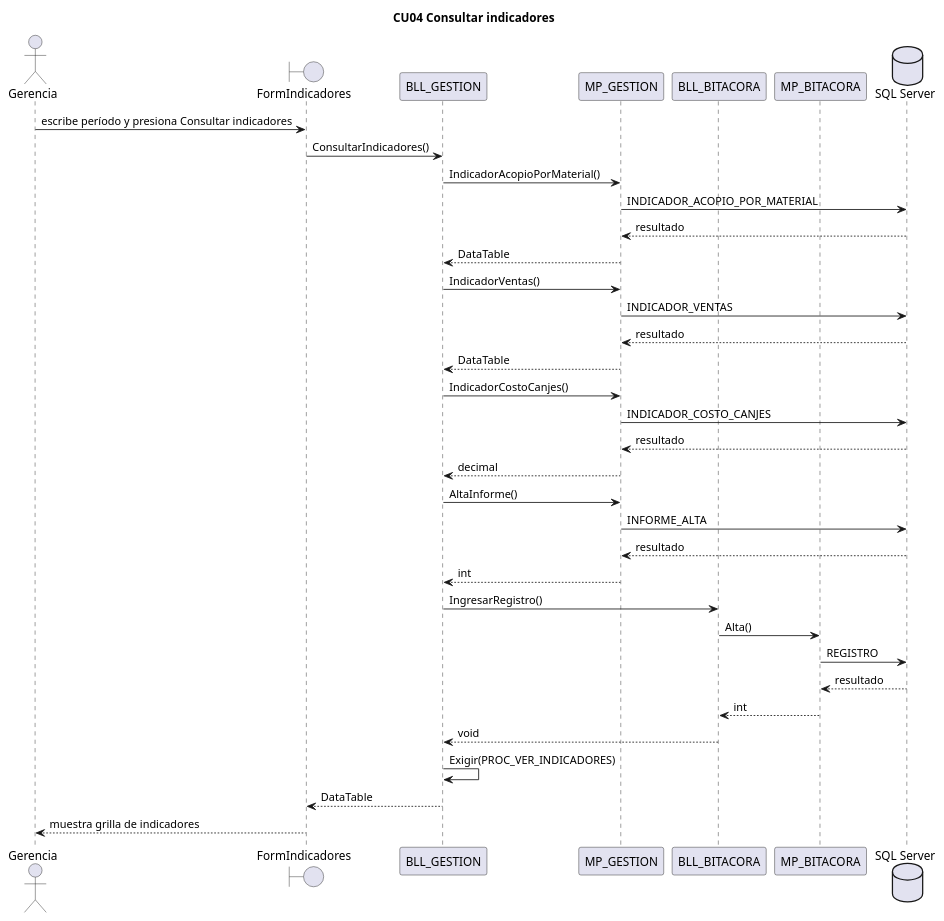
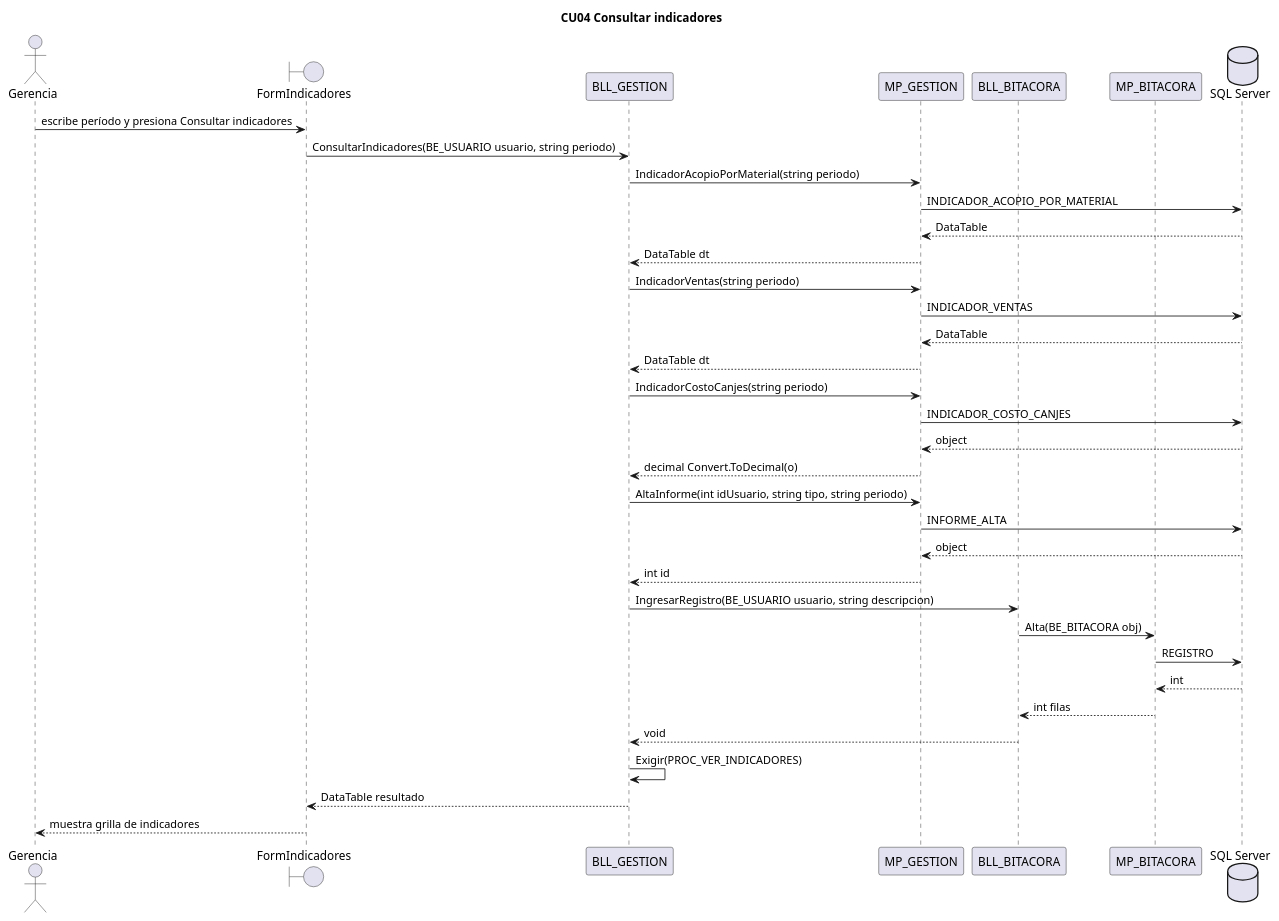
Before and after one commit to L-Muniz/uai-diploma_2026: the diagram in docs/diagramas/secuencias/CU04.puml, drawn with PlantUML. The commit also changed 59 other files, not shown here.

Commit message:
Docs: firmas y retornos de las secuencias tomados del código; diagramas de casos de uso en el documento

```diff
--- a/docs/diagramas/secuencias/CU04.puml
+++ b/docs/diagramas/secuencias/CU04.puml
@@ -1,37 +1,37 @@
 @startuml CU04
 title CU04 Consultar indicadores
 actor "Gerencia" as ACT
 boundary FormIndicadores
 participant BLL_GESTION
 participant MP_GESTION
 participant BLL_BITACORA
 participant MP_BITACORA
 database "SQL Server" as BD
 ACT -> FormIndicadores : escribe período y presiona Consultar indicadores
-FormIndicadores -> BLL_GESTION : ConsultarIndicadores()
-BLL_GESTION -> MP_GESTION : IndicadorAcopioPorMaterial()
+FormIndicadores -> BLL_GESTION : ConsultarIndicadores(BE_USUARIO usuario, string periodo)
+BLL_GESTION -> MP_GESTION : IndicadorAcopioPorMaterial(string periodo)
 MP_GESTION -> BD : INDICADOR_ACOPIO_POR_MATERIAL
-BD --> MP_GESTION : resultado
-MP_GESTION --> BLL_GESTION : DataTable
-BLL_GESTION -> MP_GESTION : IndicadorVentas()
+BD --> MP_GESTION : DataTable
+MP_GESTION --> BLL_GESTION : DataTable dt
+BLL_GESTION -> MP_GESTION : IndicadorVentas(string periodo)
 MP_GESTION -> BD : INDICADOR_VENTAS
-BD --> MP_GESTION : resultado
-MP_GESTION --> BLL_GESTION : DataTable
-BLL_GESTION -> MP_GESTION : IndicadorCostoCanjes()
+BD --> MP_GESTION : DataTable
+MP_GESTION --> BLL_GESTION : DataTable dt
+BLL_GESTION -> MP_GESTION : IndicadorCostoCanjes(string periodo)
 MP_GESTION -> BD : INDICADOR_COSTO_CANJES
-BD --> MP_GESTION : resultado
-MP_GESTION --> BLL_GESTION : decimal
-BLL_GESTION -> MP_GESTION : AltaInforme()
+BD --> MP_GESTION : object
+MP_GESTION --> BLL_GESTION : decimal Convert.ToDecimal(o)
+BLL_GESTION -> MP_GESTION : AltaInforme(int idUsuario, string tipo, string periodo)
 MP_GESTION -> BD : INFORME_ALTA
-BD --> MP_GESTION : resultado
-MP_GESTION --> BLL_GESTION : int
-BLL_GESTION -> BLL_BITACORA : IngresarRegistro()
-BLL_BITACORA -> MP_BITACORA : Alta()
+BD --> MP_GESTION : object
+MP_GESTION --> BLL_GESTION : int id
+BLL_GESTION -> BLL_BITACORA : IngresarRegistro(BE_USUARIO usuario, string descripcion)
+BLL_BITACORA -> MP_BITACORA : Alta(BE_BITACORA obj)
 MP_BITACORA -> BD : REGISTRO
-BD --> MP_BITACORA : resultado
-MP_BITACORA --> BLL_BITACORA : int
+BD --> MP_BITACORA : int
+MP_BITACORA --> BLL_BITACORA : int filas
 BLL_BITACORA --> BLL_GESTION : void
 BLL_GESTION -> BLL_GESTION : Exigir(PROC_VER_INDICADORES)
-BLL_GESTION --> FormIndicadores : DataTable
+BLL_GESTION --> FormIndicadores : DataTable resultado
 FormIndicadores --> ACT : muestra grilla de indicadores
 @enduml
```
